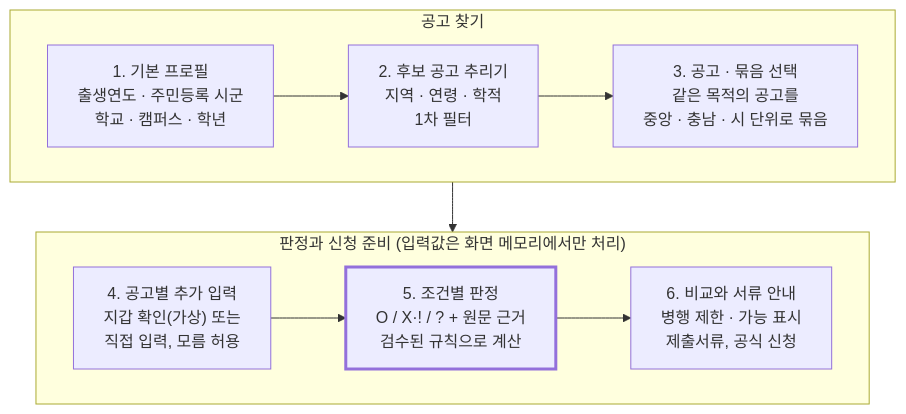
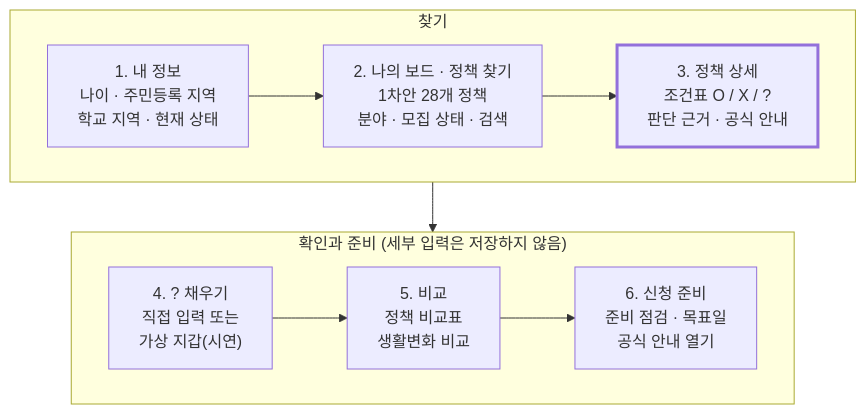
One commit to NFULL07/youthpick-next changed the diagram in README.md. Above: the diagram before and after it, drawn with Mermaid. The commit also changed other lines of this file and 3 other files, not shown here.

Commit message:
docs: README와 구조도를 2026-11-25 실제 상태로 갱신

````diff
--- a/README.md
+++ b/README.md
@@ -95,13 +104,13 @@
 ```mermaid
 flowchart TB
-    subgraph S1["공고 찾기"]
+    subgraph S1["찾기"]
         direction LR
-        A["1. 기본 프로필<br/>출생연도 · 주민등록 시군<br/>학교 · 캠퍼스 · 학년"] --> B["2. 후보 공고 추리기<br/>지역 · 연령 · 학적<br/>1차 필터"] --> C["3. 공고 · 묶음 선택<br/>같은 목적의 공고를<br/>중앙 · 충남 · 시 단위로 묶음"]
+        A["1. 내 정보<br/>나이 · 주민등록 지역<br/>학교 지역 · 현재 상태"] --> B["2. 나의 보드 · 정책 찾기<br/>1차안 28개 정책<br/>분야 · 모집 상태 · 검색"] --> C["3. 정책 상세<br/>조건표 O / X / ?<br/>판단 근거 · 공식 안내"]
     end
-    subgraph S2["판정과 신청 준비 (입력값은 화면 메모리에서만 처리)"]
+    subgraph S2["확인과 준비 (세부 입력은 저장하지 않음)"]
         direction LR
-        D["4. 공고별 추가 입력<br/>지갑 확인(가상) 또는<br/>직접 입력, 모름 허용"] --> E["5. 조건별 판정<br/>O / X·! / ? + 원문 근거<br/>검수된 규칙으로 계산"] --> F["6. 비교와 서류 안내<br/>병행 제한 · 가능 표시<br/>제출서류, 공식 신청"]
+        D["4. ? 채우기<br/>직접 입력 또는<br/>가상 지갑(시연)"] --> E["5. 비교<br/>정책 비교표<br/>생활변화 비교"] --> F["6. 신청 준비<br/>준비 점검 · 목표일<br/>공식 안내 열기"]
     end
     S1 --> S2
-    style E stroke-width:3px
+    style C stroke-width:3px
 ```
````
